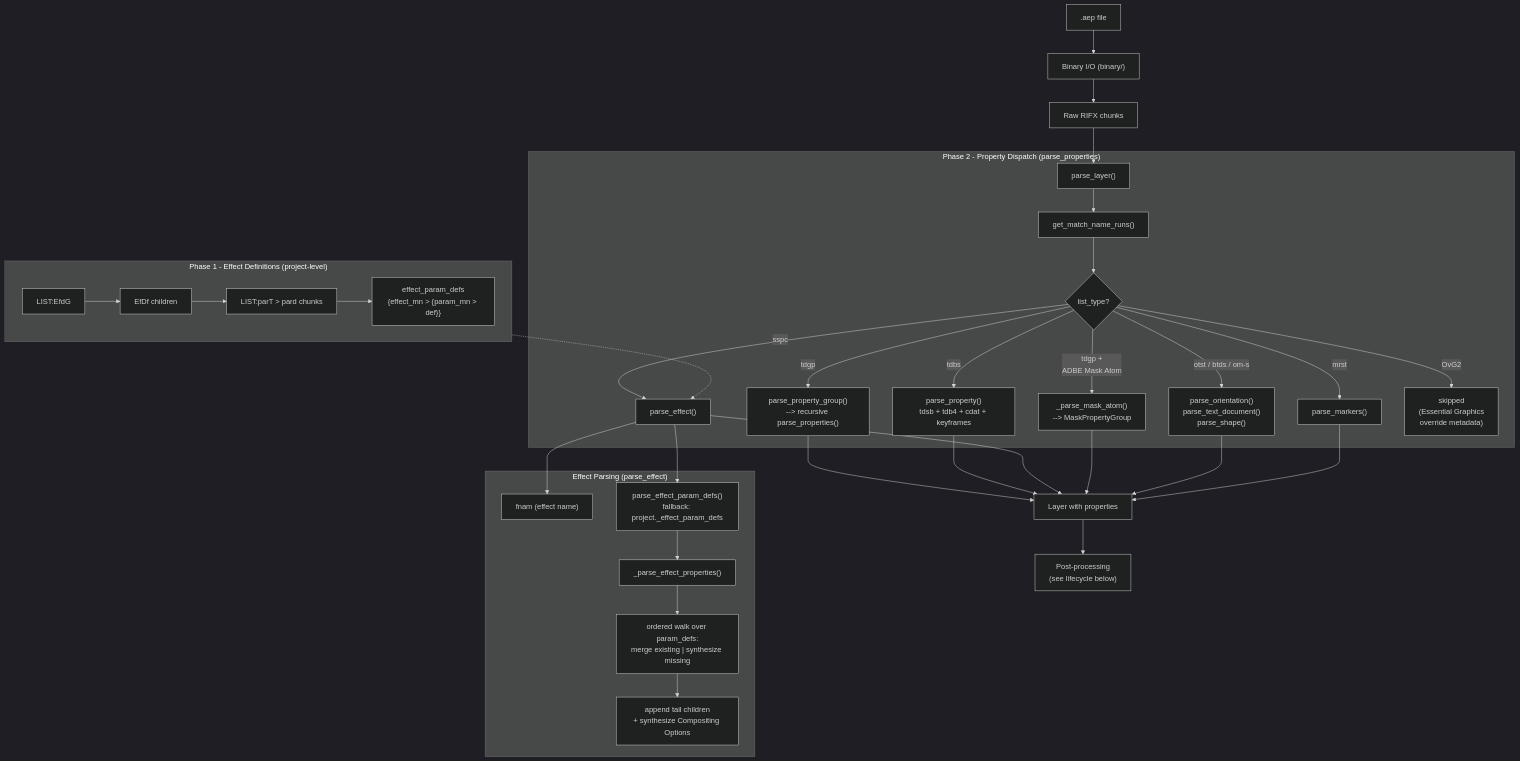
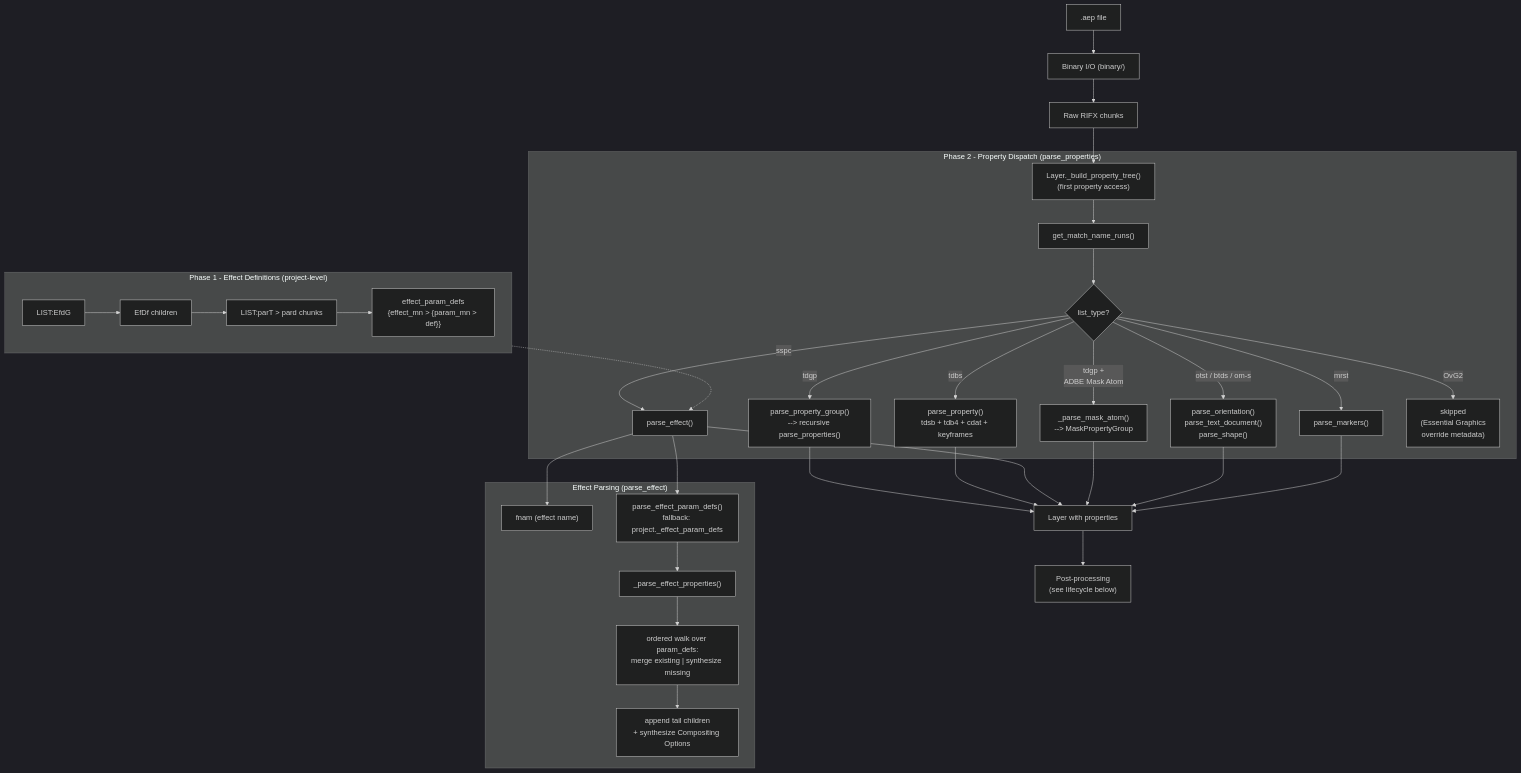
Before and after one commit to AlexGFMaxon/py-aep: the first of 2 diagrams in CONTRIBUTING.md, drawn with Mermaid (dark theme). The commit also changed other lines of this file and 20 other files, not shown here.

````diff
--- a/CONTRIBUTING.md
+++ b/CONTRIBUTING.md
@@ -92,41 +92,41 @@
 ```mermaid
 flowchart TD
     AEP[".aep file"] --> Binary["Binary I/O (binary/)"]
     Binary --> Chunks["Raw RIFX chunks"]
-    Chunks --> PL["parse_layer()"]
+    Chunks --> PL["Layer._build_property_tree()\n(first property access)"]
 
     subgraph Phase1["Phase 1 - Effect Definitions (project-level)"]
         EfdG["LIST:EfdG"] --> EfDf["EfDf children"]
         EfDf --> parT["LIST:parT > pard chunks"]
         parT --> ParamDefs["effect_param_defs\n{effect_mn > {param_mn > def}}"]
     end
 
     subgraph Phase2["Phase 2 - Property Dispatch (parse_properties)"]
         PL --> MNR["get_match_name_runs()"]
         MNR --> dispatch{"list_type?"}
         dispatch -->|"tdgp"| PG["parse_property_group()\n--> recursive parse_properties()"]
         dispatch -->|"tdbs"| PP["parse_property()\ntdsb + tdb4 + cdat + keyframes"]
         dispatch -->|"sspc"| PE["parse_effect()"]
         dispatch -->|"tdgp +\nADBE Mask Atom"| PM["_parse_mask_atom()\n--> MaskPropertyGroup"]
         dispatch -->|"otst / btds / om-s"| PS["parse_orientation()\nparse_text_document()\nparse_shape()"]
         dispatch -->|"mrst"| MK["parse_markers()"]
         dispatch -->|"OvG2"| SK["skipped\n(Essential Graphics\noverride metadata)"]
     end
 
     subgraph Phase2A["Effect Parsing (parse_effect)"]
         PE --> FN["fnam (effect name)"]
         PE --> PD["parse_effect_param_defs()\nfallback: project._effect_param_defs"]
         PD --> EPP["_parse_effect_properties()"]
         EPP --> Walk["ordered walk over param_defs:\nmerge existing | synthesize missing"]
         Walk --> Tail["append tail children\n+ synthesize Compositing Options"]
     end
 
     PG --> Result["Layer with properties"]
     PP --> Result
     PE --> Result
     PM --> Result
     PS --> Result
     MK --> Result
     Result --> PostProc["Post-processing\n(see lifecycle below)"]
     Phase1 -.-> PE
 ```
````
